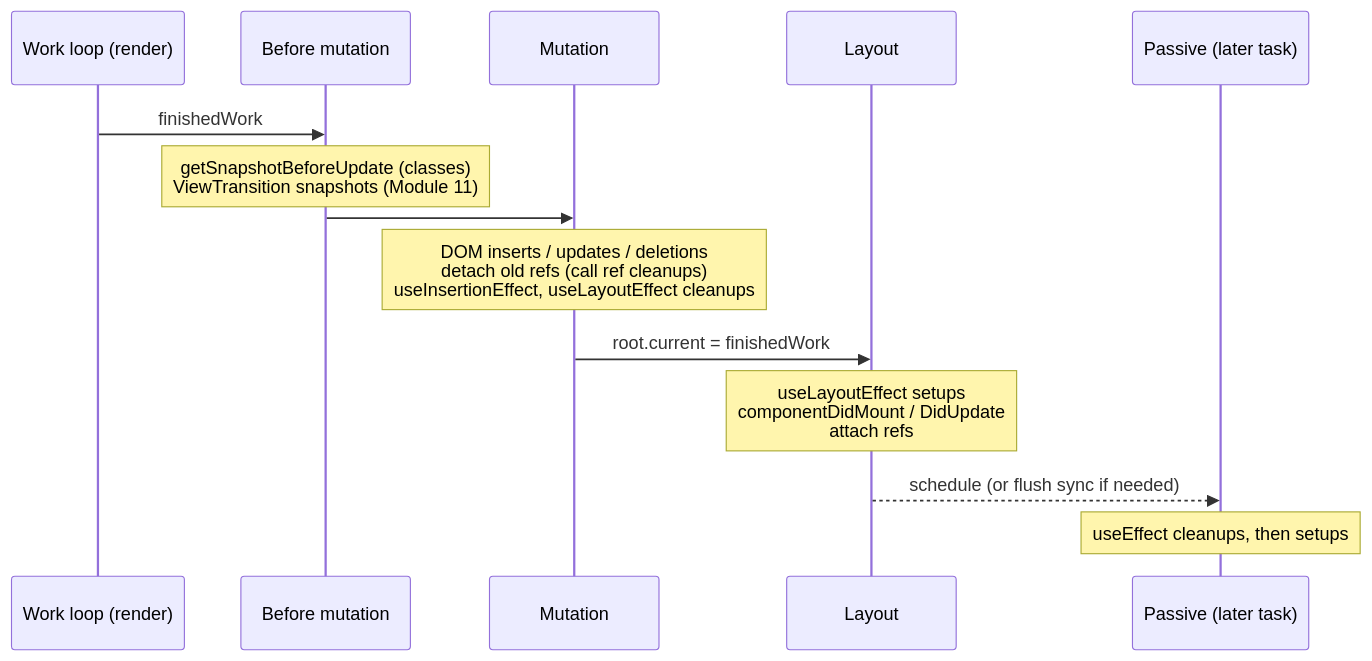
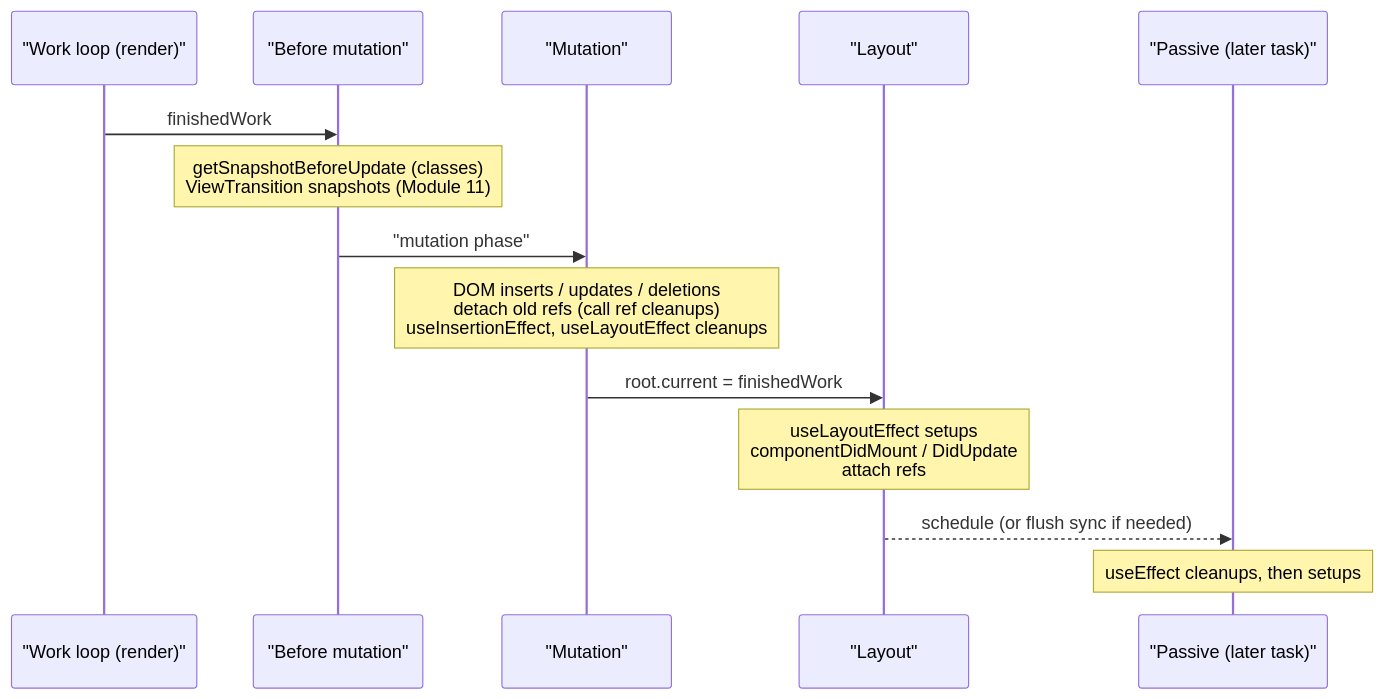
The second of 3 diagrams in technologies/react/modules/02-fiber-reconciler-and-commit.md (espoem/zero-to-one), drawn with Mermaid before and after one commit. The commit also changed other lines of this file and 5 other files, not shown here.

Commit message:
fix(react): update Activity fiber tag to 31, fix sequence diagrams and add integration test skip

````diff
--- a/technologies/react/modules/02-fiber-reconciler-and-commit.md
+++ b/technologies/react/modules/02-fiber-reconciler-and-commit.md
@@ -311,16 +311,16 @@
 ```mermaid
 sequenceDiagram
-    participant WL as Work loop (render)
-    participant BM as Before mutation
-    participant M as Mutation
-    participant L as Layout
-    participant P as Passive (later task)
+    participant WL as "Work loop (render)"
+    participant BM as "Before mutation"
+    participant M as "Mutation"
+    participant L as "Layout"
+    participant P as "Passive (later task)"
     WL->>BM: finishedWork
     Note over BM: getSnapshotBeforeUpdate (classes)<br/>ViewTransition snapshots (Module 11)
-    BM->>M: 
+    BM->>M: "mutation phase"
     Note over M: DOM inserts / updates / deletions<br/>detach old refs (call ref cleanups)<br/>useInsertionEffect, useLayoutEffect cleanups
     M->>L: root.current = finishedWork
     Note over L: useLayoutEffect setups<br/>componentDidMount / DidUpdate<br/>attach refs
     L-->>P: schedule (or flush sync if needed)
     Note over P: useEffect cleanups, then setups
 ```
````
